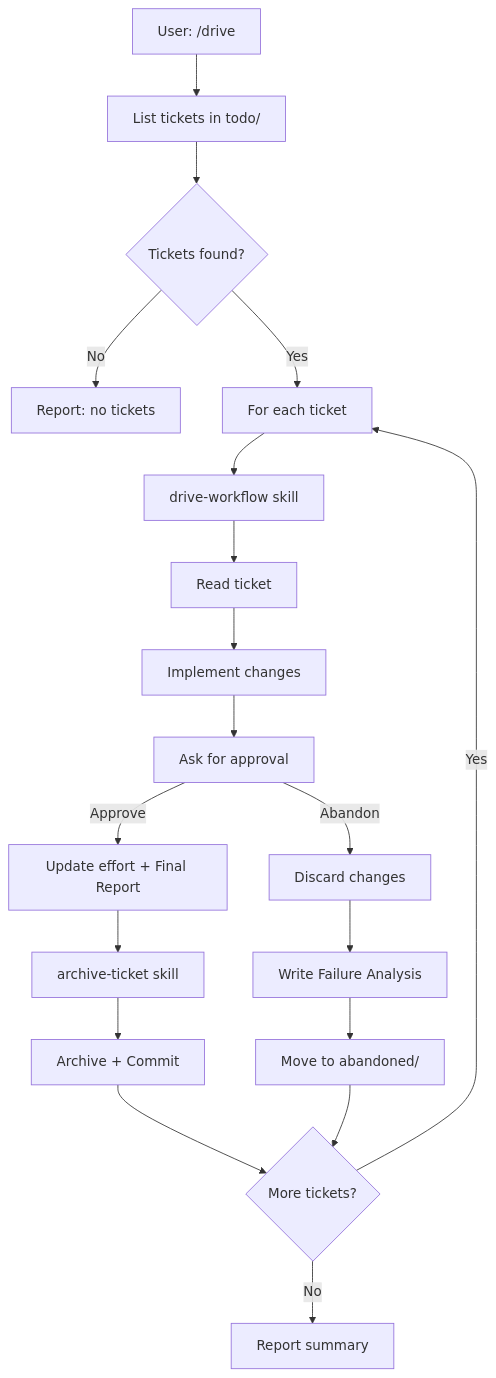
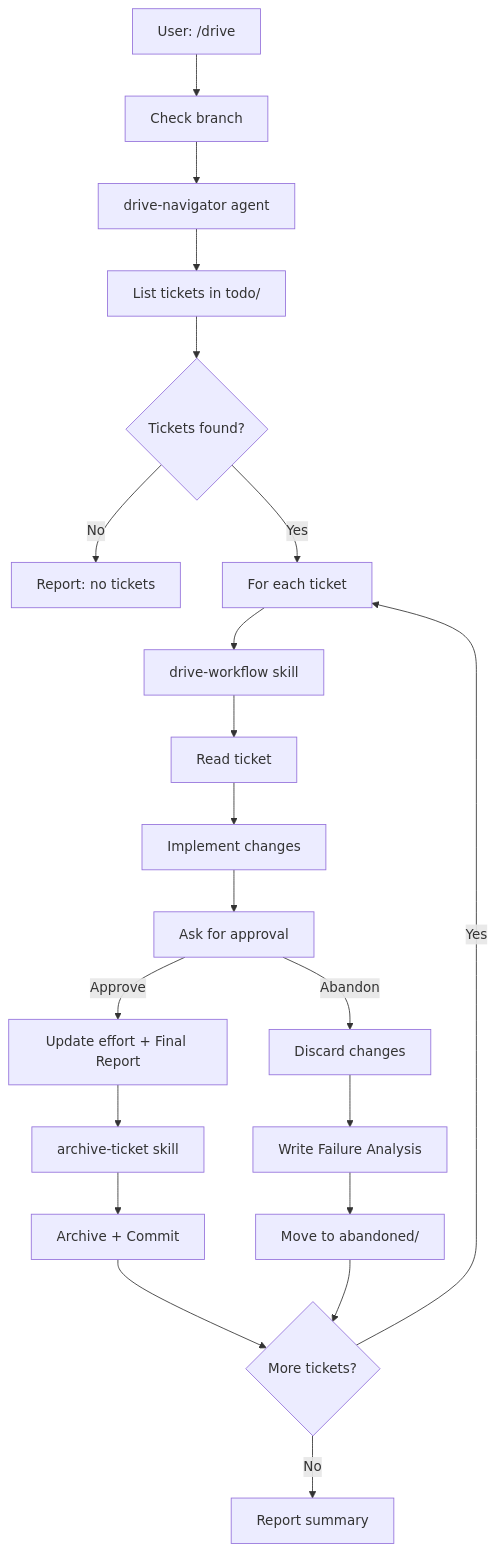
One commit to qmu/workaholic changed the second of 3 diagrams in .workaholic/specs/command-flows.md. Above: the diagram before and after it, drawn with Mermaid. The commit also changed other lines of this file and 12 other files, not shown here.

````diff
--- a/.workaholic/specs/command-flows.md
+++ b/.workaholic/specs/command-flows.md
@@ -75,21 +75,23 @@
 ```mermaid
 flowchart TD
-    A[User: /drive] --> B[List tickets in todo/]
-    B --> C{Tickets found?}
-    C -->|No| D[Report: no tickets]
-    C -->|Yes| E[For each ticket]
-    E --> F[drive-workflow skill]
-    F --> G[Read ticket]
-    G --> H[Implement changes]
-    H --> I[Ask for approval]
-    I -->|Approve| J[Update effort + Final Report]
-    I -->|Abandon| K[Discard changes]
-    K --> L[Write Failure Analysis]
-    L --> M[Move to abandoned/]
-    J --> N[archive-ticket skill]
-    N --> O[Archive + Commit]
-    O --> P{More tickets?}
-    M --> P
-    P -->|Yes| E
-    P -->|No| Q[Report summary]
+    A[User: /drive] --> B[Check branch]
+    B --> C[drive-navigator agent]
+    C --> D[List tickets in todo/]
+    D --> E{Tickets found?}
+    E -->|No| F[Report: no tickets]
+    E -->|Yes| G[For each ticket]
+    G --> H[drive-workflow skill]
+    H --> I[Read ticket]
+    I --> J[Implement changes]
+    J --> K[Ask for approval]
+    K -->|Approve| L[Update effort + Final Report]
+    K -->|Abandon| M[Discard changes]
+    M --> N[Write Failure Analysis]
+    N --> O[Move to abandoned/]
+    L --> P[archive-ticket skill]
+    P --> Q[Archive + Commit]
+    Q --> R{More tickets?}
+    O --> R
+    R -->|Yes| G
+    R -->|No| S[Report summary]
 ```
````
